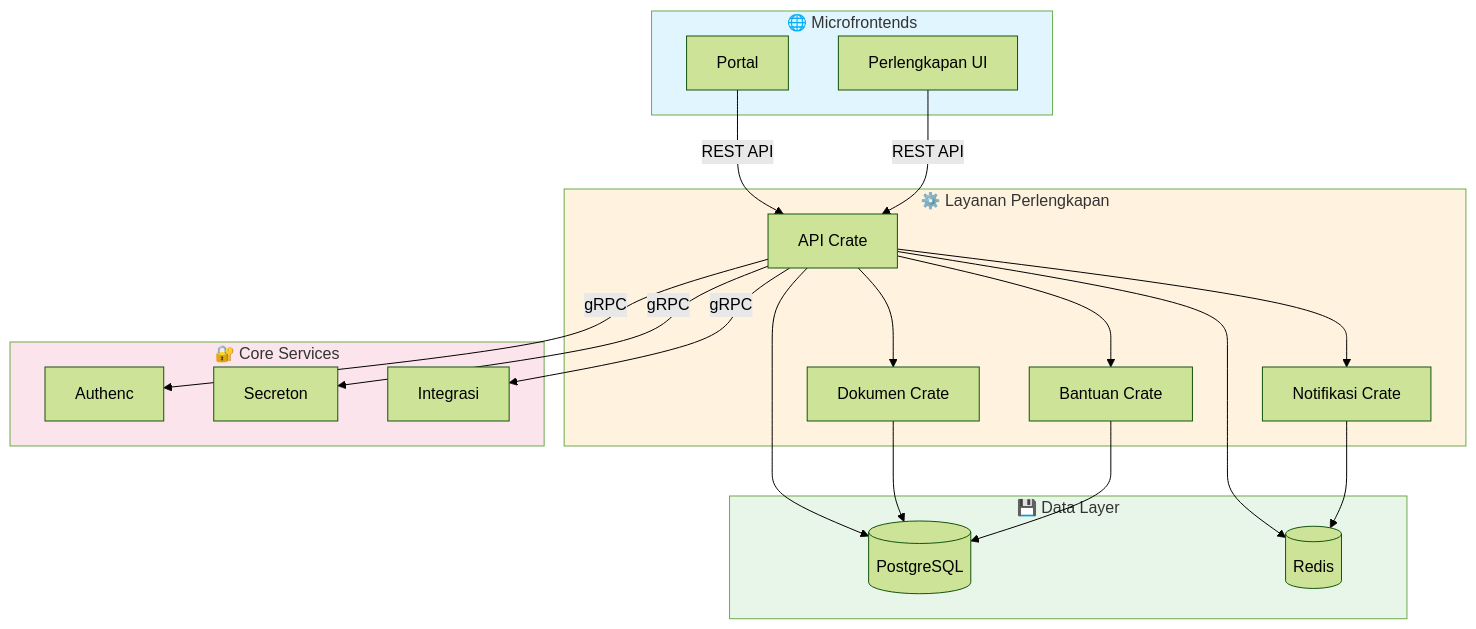
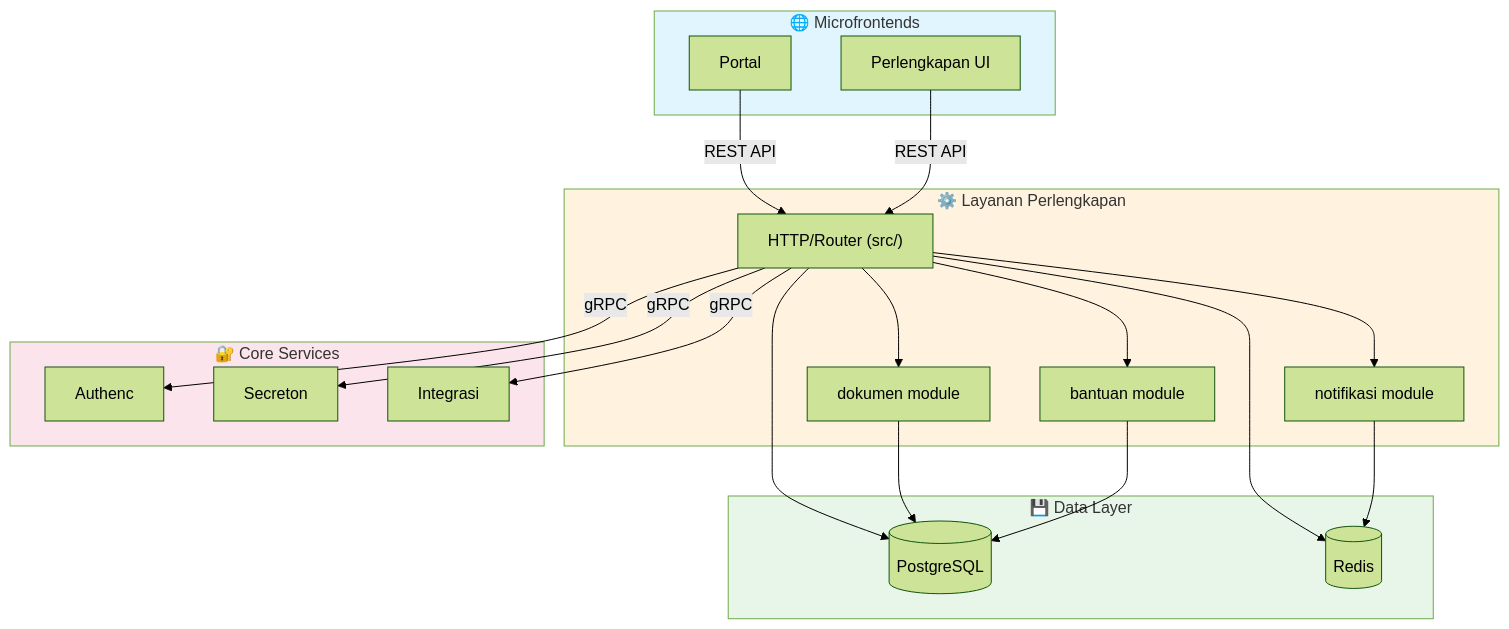
The diagram in layanan/perlengkapan/AGENTS.md (analisaperlengkapan/simpel2), drawn with Mermaid (forest theme) before and after one commit. The commit also changed other lines of this file and 6 other files, not shown here.

````diff
--- a/layanan/perlengkapan/AGENTS.md
+++ b/layanan/perlengkapan/AGENTS.md
@@ -143,44 +143,44 @@
 ```mermaid
 flowchart TB
     subgraph Frontend["🌐 Microfrontends"]
         Portal["Portal"]
         PerlengkapanUI["Perlengkapan UI"]
     end
 
     subgraph Perlengkapan["⚙️ Layanan Perlengkapan"]
-        API["API Crate"]
-        DOC["Dokumen Crate"]
-        NOTIF["Notifikasi Crate"]
-        BANTUAN["Bantuan Crate"]
+        API["HTTP/Router (src/)"]
+        DOC["dokumen module"]
+        NOTIF["notifikasi module"]
+        BANTUAN["bantuan module"]
     end
 
     subgraph Core["🔐 Core Services"]
         AUTH["Authenc"]
         SEC["Secreton"]
         INT["Integrasi"]
     end
 
     subgraph Data["💾 Data Layer"]
         PG[(PostgreSQL)]
         RD[(Redis)]
     end
 
     Portal -->|"REST API"| API
     PerlengkapanUI -->|"REST API"| API
     API --> DOC
     API --> NOTIF
     API --> BANTUAN
     API -->|"gRPC"| AUTH
     API -->|"gRPC"| SEC
     API -->|"gRPC"| INT
     API --> PG
     API --> RD
     DOC --> PG
     NOTIF --> RD
     BANTUAN --> PG
 
     style Frontend fill:#e1f5fe
     style Perlengkapan fill:#fff3e0
     style Core fill:#fce4ec
     style Data fill:#e8f5e9
 ```
````
